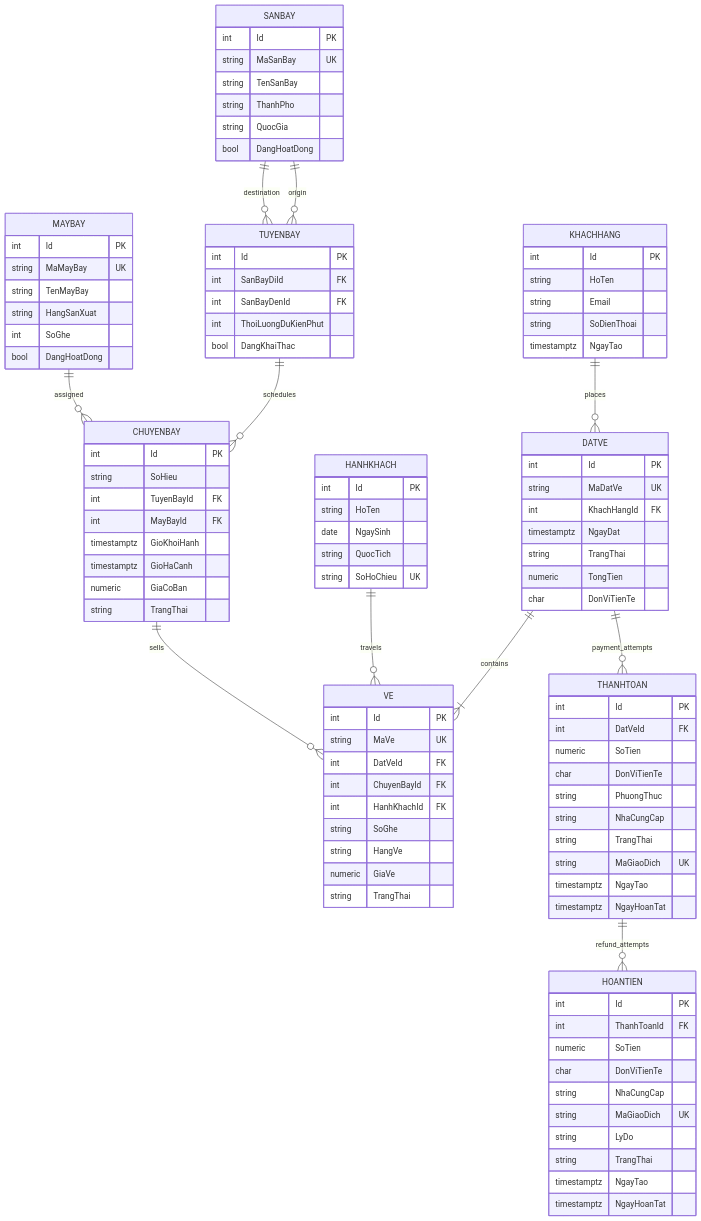
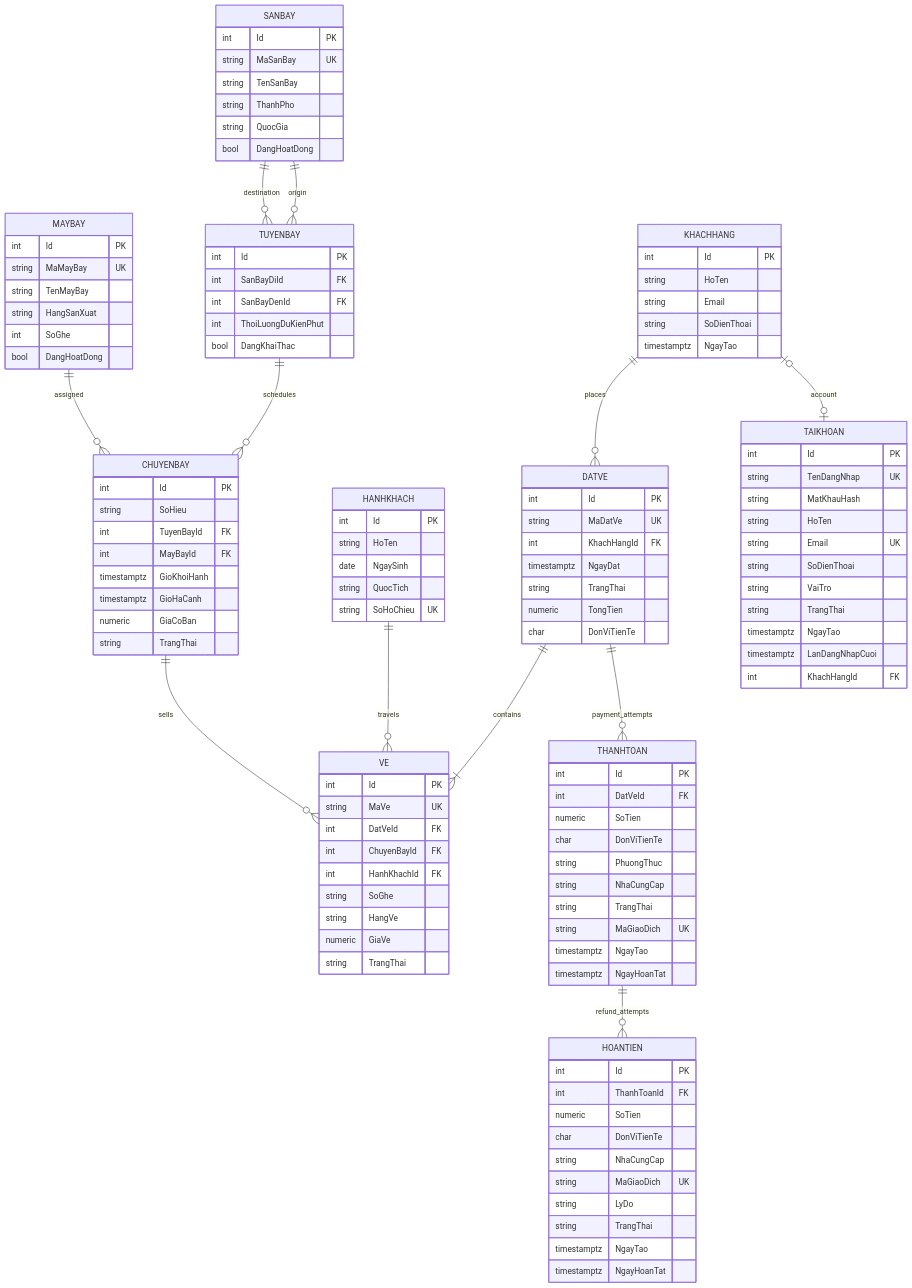
The diagram in docs/DATABASE-DESIGN.md (MinhVy1324/AirlineTicketingg), drawn with Mermaid before and after one commit. The commit also changed other lines of this file and 40 other files, not shown here.

```diff
--- a/docs/DATABASE-DESIGN.md
+++ b/docs/DATABASE-DESIGN.md
@@ -14,6 +14,7 @@
     DATVE ||--|{ VE : contains
     HANHKHACH ||--o{ VE : travels
     CHUYENBAY ||--o{ VE : sells
+    KHACHHANG o|--o| TAIKHOAN : account
     DATVE ||--o{ THANHTOAN : payment_attempts
     THANHTOAN ||--o{ HOANTIEN : refund_attempts
 
@@ -56,6 +57,19 @@
         string Email
         string SoDienThoai
         timestamptz NgayTao
+    }
+    TAIKHOAN {
+        int Id PK
+        string TenDangNhap UK
+        string MatKhauHash
+        string HoTen
+        string Email UK
+        string SoDienThoai
+        string VaiTro
+        string TrangThai
+        timestamptz NgayTao
+        timestamptz LanDangNhapCuoi
+        int KhachHangId FK
     }
     DATVE {
         int Id PK
```
